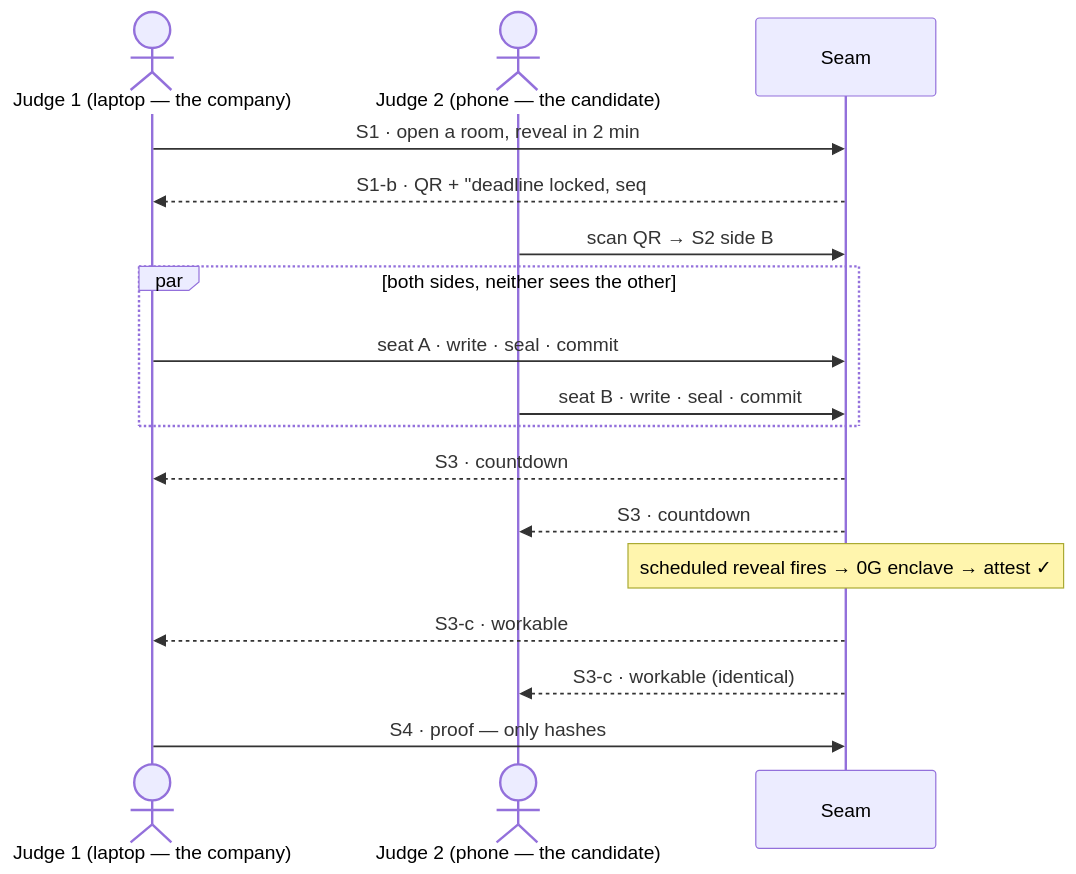
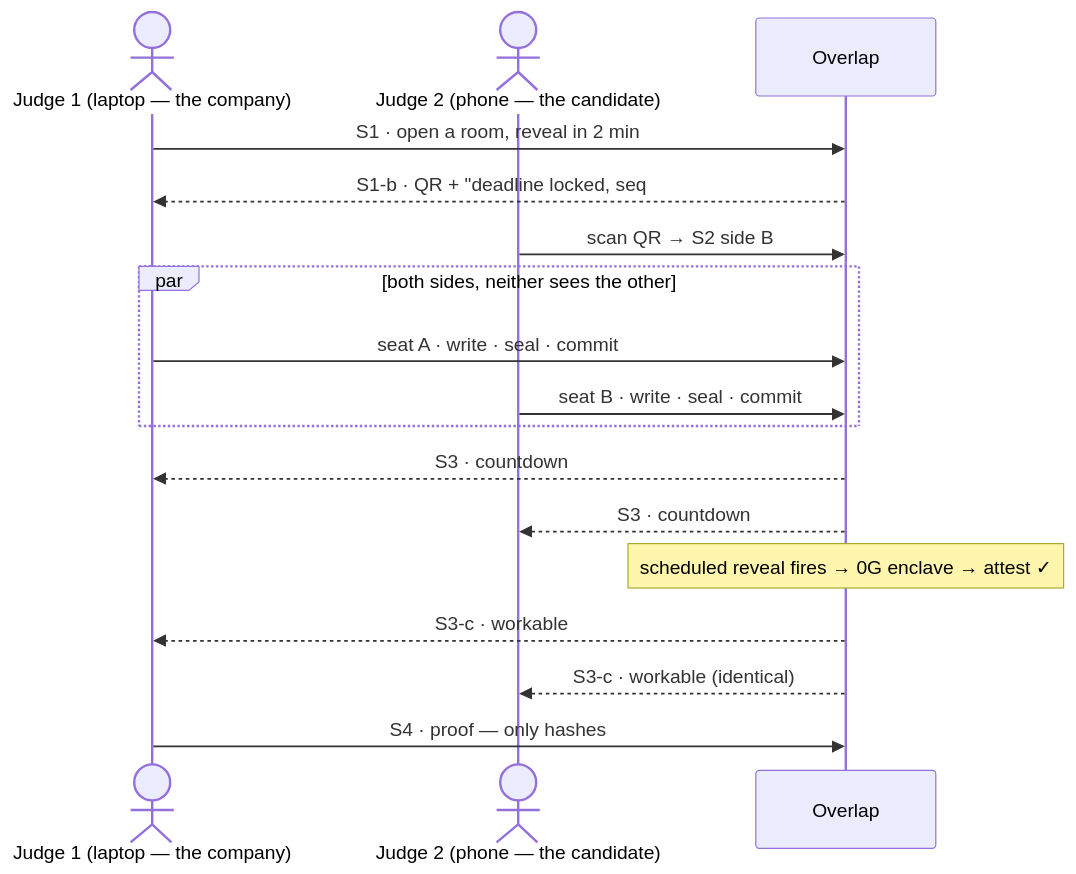
Before and after one commit to fabroche/ethglobal-lisboa-2026: the third of 3 diagrams in docs/ux/screens-and-sitemap.md, drawn with Mermaid. The commit also changed other lines of this file and 55 other files, not shown here.

````diff
--- a/docs/ux/screens-and-sitemap.md
+++ b/docs/ux/screens-and-sitemap.md
@@ -650,20 +650,20 @@
 ```mermaid
 sequenceDiagram
   actor J1 as Judge 1 (laptop — the company)
   actor J2 as Judge 2 (phone — the candidate)
-  participant S as Seam
+  participant S as Overlap
 
   J1->>S: S1 · open a room, reveal in 2 min
   S-->>J1: S1-b · QR + "deadline locked, seq #1"
   J2->>S: scan QR → S2 side B
   par both sides, neither sees the other
     J1->>S: seat A · write · seal · commit
     J2->>S: seat B · write · seal · commit
   end
   S-->>J1: S3 · countdown
   S-->>J2: S3 · countdown
   Note over S: scheduled reveal fires → 0G enclave → attest ✓
   S-->>J1: S3-c · workable
   S-->>J2: S3-c · workable (identical)
   J1->>S: S4 · proof — only hashes
 ```
````
